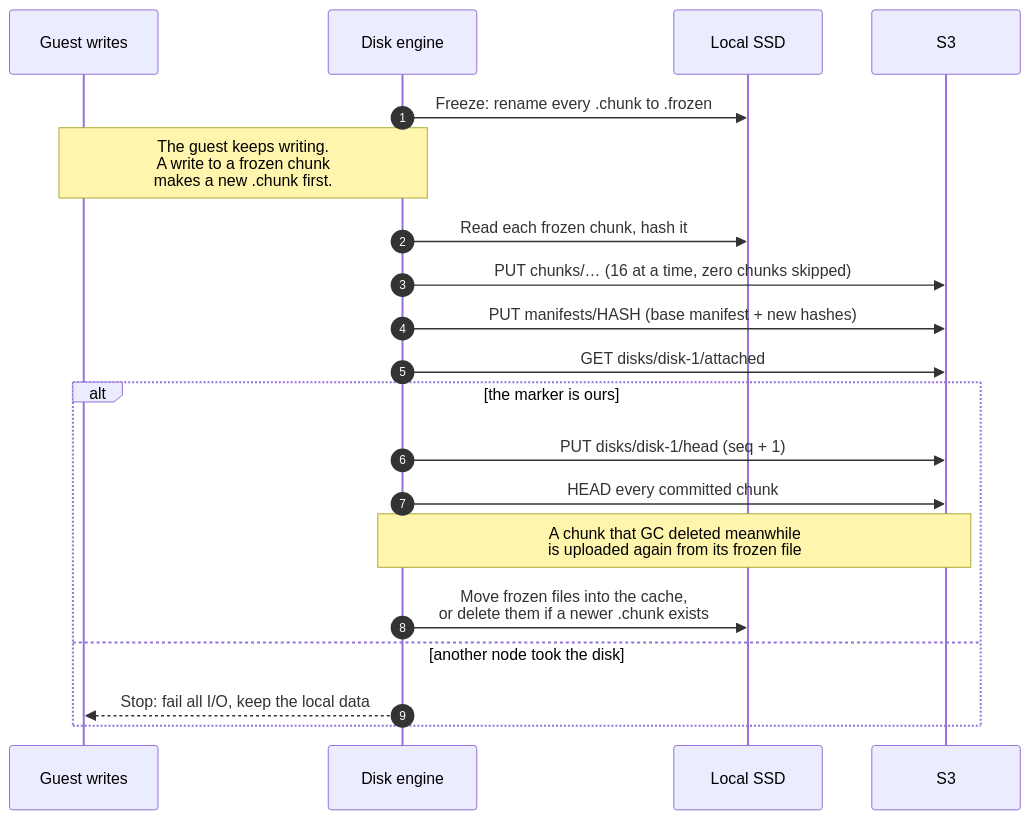
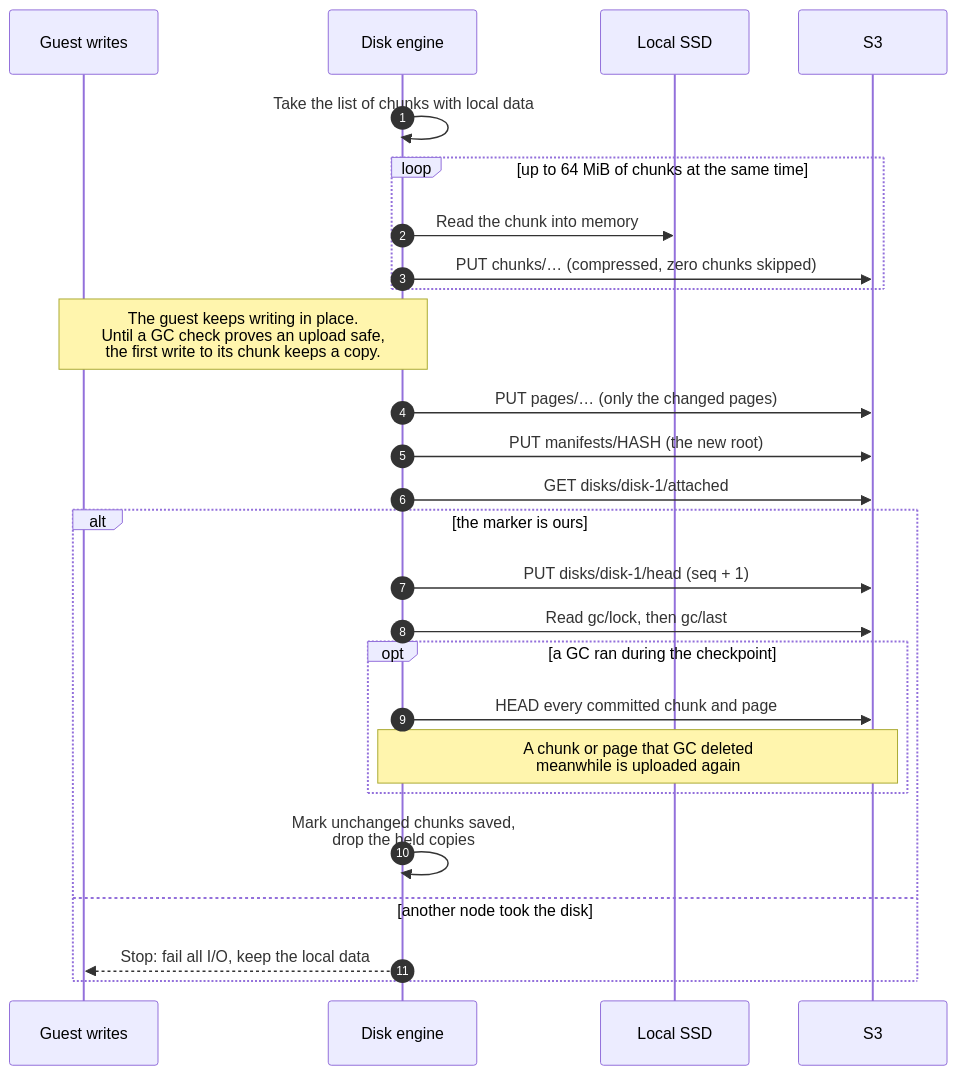
One commit to tanmoysrt/mica changed the sixth of 10 diagrams in docs/architecture.md. Above: the diagram before and after it, drawn with Mermaid. The commit also changed other lines of this file and 38 other files, not shown here.

````diff
--- a/docs/architecture.md
+++ b/docs/architecture.md
@@ -183,23 +206,29 @@
 ```mermaid
 sequenceDiagram
     autonumber
     participant G as Guest writes
     participant E as Disk engine
     participant L as Local SSD
     participant S as S3
 
-    E->>L: Freeze: rename every .chunk to .frozen
-    Note over G,E: The guest keeps writing.<br/>A write to a frozen chunk<br/>makes a new .chunk first.
-    E->>L: Read each frozen chunk, hash it
-    E->>S: PUT chunks/… (16 at a time, zero chunks skipped)
-    E->>S: PUT manifests/HASH (base manifest + new hashes)
+    E->>E: Take the list of chunks with local data
+    loop up to 64 MiB of chunks at the same time
+        E->>L: Read the chunk into memory
+        E->>S: PUT chunks/… (compressed, zero chunks skipped)
+    end
+    Note over G,E: The guest keeps writing in place.<br/>Until a GC check proves an upload safe,<br/>the first write to its chunk keeps a copy.
+    E->>S: PUT pages/… (only the changed pages)
+    E->>S: PUT manifests/HASH (the new root)
     E->>S: GET disks/disk-1/attached
     alt the marker is ours
         E->>S: PUT disks/disk-1/head (seq + 1)
-        E->>S: HEAD every committed chunk
-        Note over E,S: A chunk that GC deleted meanwhile<br/>is uploaded again from its frozen file
-        E->>L: Move frozen files into the cache,<br/>or delete them if a newer .chunk exists
+        E->>S: Read gc/lock, then gc/last
+        opt a GC ran during the checkpoint
+            E->>S: HEAD every committed chunk and page
+            Note over E,S: A chunk or page that GC deleted<br/>meanwhile is uploaded again
+        end
+        E->>E: Mark unchanged chunks saved,<br/>drop the held copies
     else another node took the disk
         E-->>G: Stop: fail all I/O, keep the local data
     end
 ```
````
